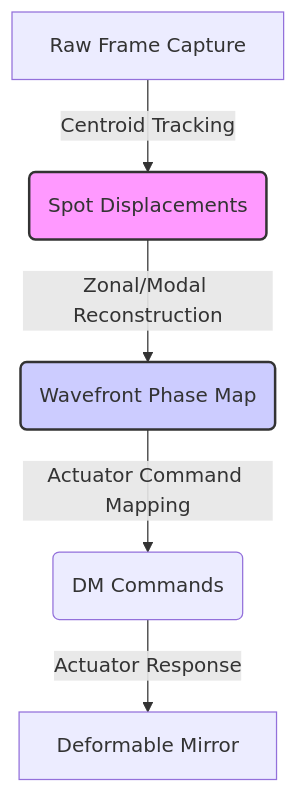
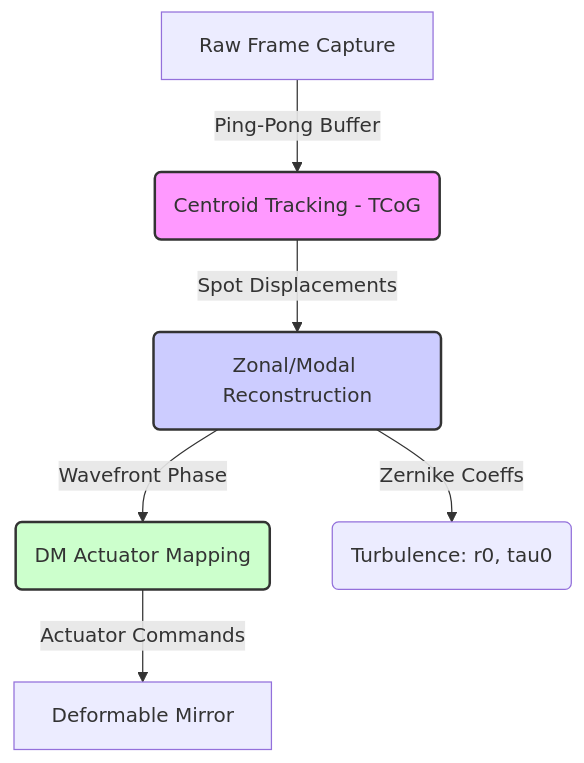
The diagram in docs/future_phases.md (PxA-Labs/Project-RIPRA), drawn with Mermaid before and after one commit. The commit also changed other lines of this file and 63 other files, not shown here.

````diff
--- a/docs/future_phases.md
+++ b/docs/future_phases.md
@@ -48,9 +57,11 @@
 ```mermaid
 graph TD
-    A[Raw Frame Capture] -->|Centroid Tracking| B(Spot Displacements)
-    B -->|Zonal/Modal Reconstruction| C(Wavefront Phase Map)
-    C -->|Actuator Command Mapping| D(DM Commands)
-    D -->|Actuator Response| E[Deformable Mirror]
+    A[Raw Frame Capture] -->|Ping-Pong Buffer| B(Centroid Tracking - TCoG)
+    B -->|Spot Displacements| C(Zonal/Modal Reconstruction)
+    C -->|Wavefront Phase| D(DM Actuator Mapping)
+    D -->|Actuator Commands| E[Deformable Mirror]
+    C -->|Zernike Coeffs| F(Turbulence: r0, tau0)
     style B fill:#f9f,stroke:#333,stroke-width:2px
     style C fill:#ccf,stroke:#333,stroke-width:2px
+    style D fill:#cfc,stroke:#333,stroke-width:2px
 ```
````
